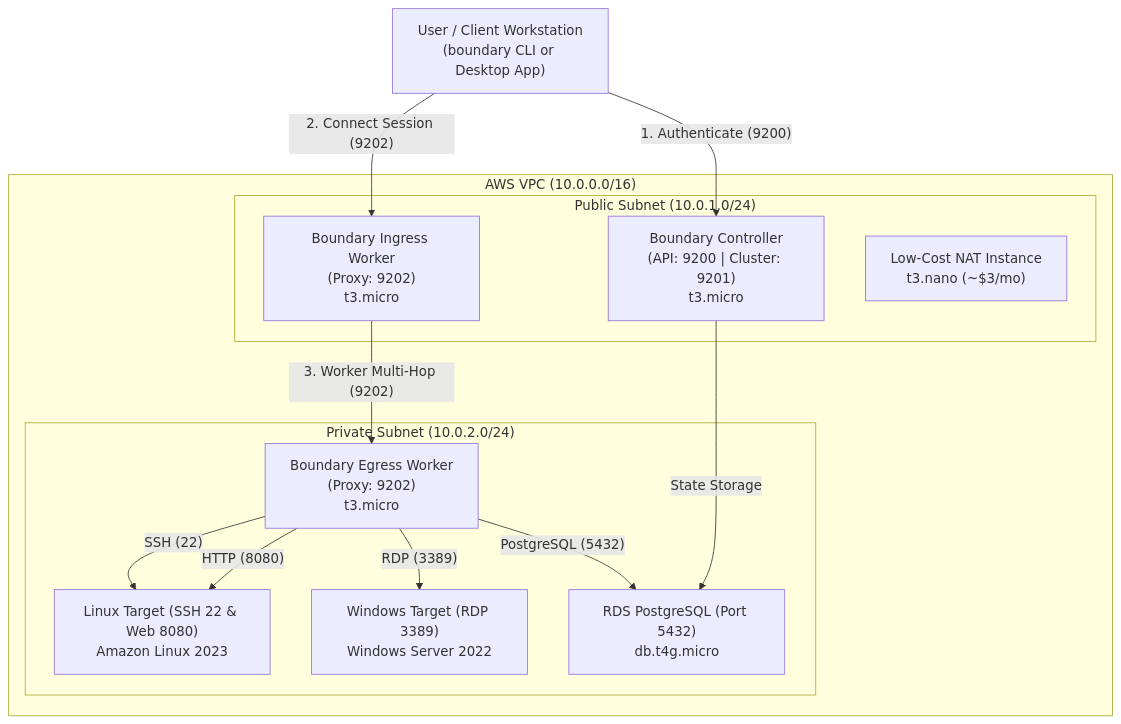
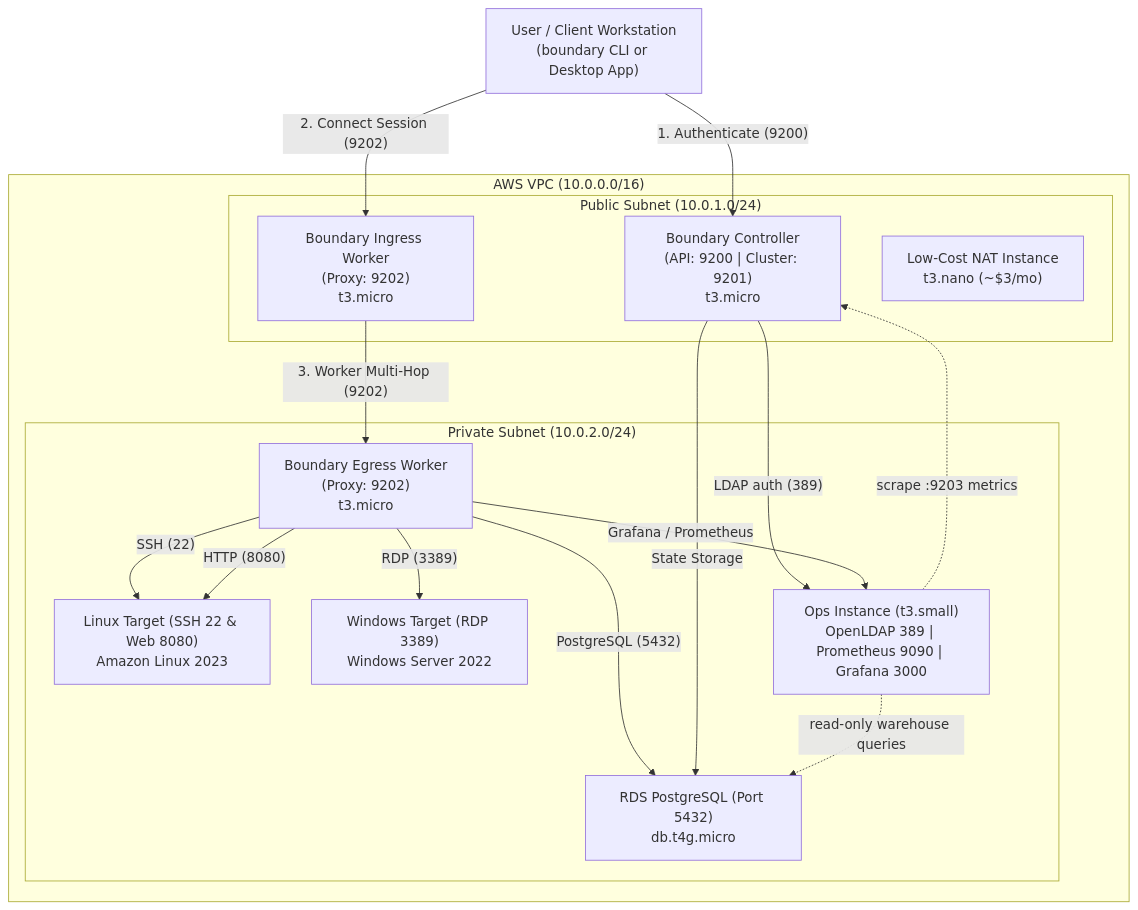
Before and after one commit to amitkumarjha28/boundary-aws-demo: the diagram in README.md, drawn with Mermaid. The commit also changed other lines of this file and 18 other files, not shown here.

First line of the commit message:
Add LDAP auth and Prometheus/Grafana monitoring

````diff
--- a/README.md
+++ b/README.md
@@ -16,28 +16,33 @@
 ```mermaid
 graph TD
     Client["User / Client Workstation<br/>(boundary CLI or Desktop App)"]
 
     subgraph AWS_VPC ["AWS VPC (10.0.0.0/16)"]
         subgraph Public_Subnet ["Public Subnet (10.0.1.0/24)"]
             Controller["Boundary Controller<br/>(API: 9200 | Cluster: 9201)<br/>t3.micro"]
             IngressWorker["Boundary Ingress Worker<br/>(Proxy: 9202)<br/>t3.micro"]
             NAT["Low-Cost NAT Instance<br/>t3.nano (~$3/mo)"]
         end
 
         subgraph Private_Subnet ["Private Subnet (10.0.2.0/24)"]
             EgressWorker["Boundary Egress Worker<br/>(Proxy: 9202)<br/>t3.micro"]
             LinuxTarget["Linux Target (SSH 22 & Web 8080)<br/>Amazon Linux 2023"]
             WinTarget["Windows Target (RDP 3389)<br/>Windows Server 2022"]
             RDSTarget["RDS PostgreSQL (Port 5432)<br/>db.t4g.micro"]
+            Ops["Ops Instance (t3.small)<br/>OpenLDAP 389 | Prometheus 9090 | Grafana 3000"]
         end
     end
 
     Client -->|"1. Authenticate (9200)"| Controller
     Client -->|"2. Connect Session (9202)"| IngressWorker
     IngressWorker -->|"3. Worker Multi-Hop (9202)"| EgressWorker
     EgressWorker -->|"SSH (22)"| LinuxTarget
     EgressWorker -->|"RDP (3389)"| WinTarget
     EgressWorker -->|"HTTP (8080)"| LinuxTarget
     EgressWorker -->|"PostgreSQL (5432)"| RDSTarget
     Controller -->|"State Storage"| RDSTarget
+    Controller -->|"LDAP auth (389)"| Ops
+    EgressWorker -->|"Grafana / Prometheus"| Ops
+    Ops -.->|"scrape :9203 metrics"| Controller
+    Ops -.->|"read-only warehouse queries"| RDSTarget
 ```
````
